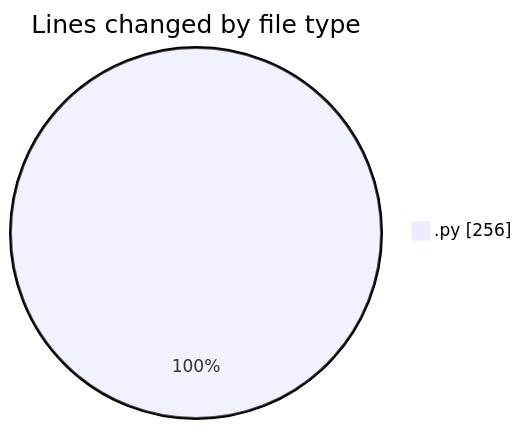
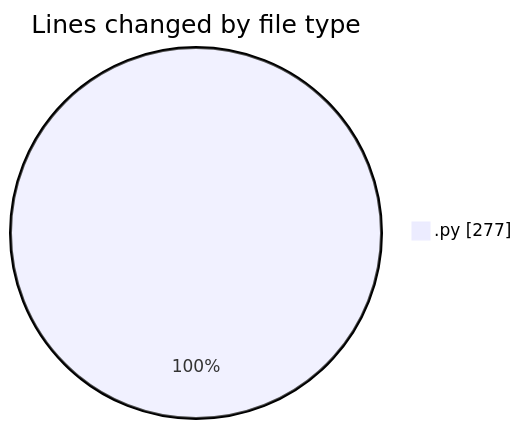
One commit to FelipKnott/code-tracking changed the first of 2 diagrams in 2025-07-13/cursor/README.md. Above: the diagram before and after it, drawn with Mermaid. The commit also changed other lines of this file and 1 other file, not shown here.

````diff
--- a/2025-07-13/cursor/README.md
+++ b/2025-07-13/cursor/README.md
@@ -22,5 +23,5 @@
 ```mermaid
 pie showData
 title Lines changed by file type
-".py" : 256
+".py" : 277
 ```
````
